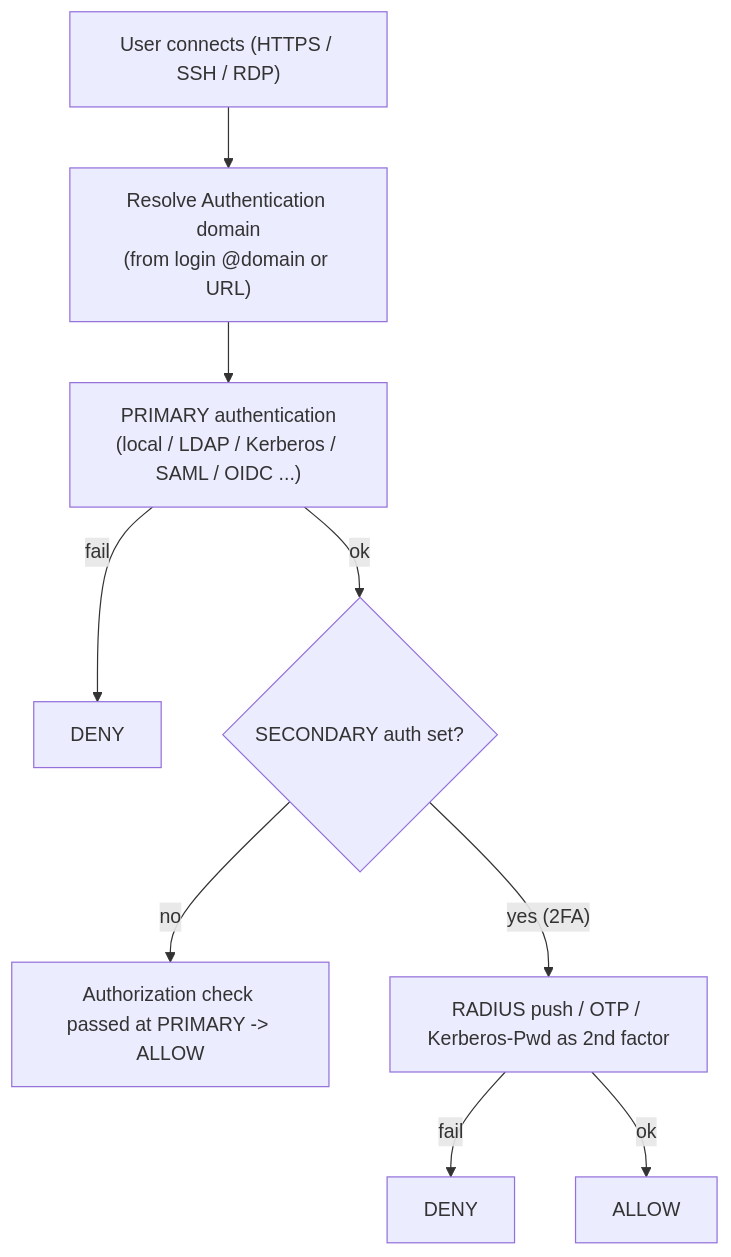
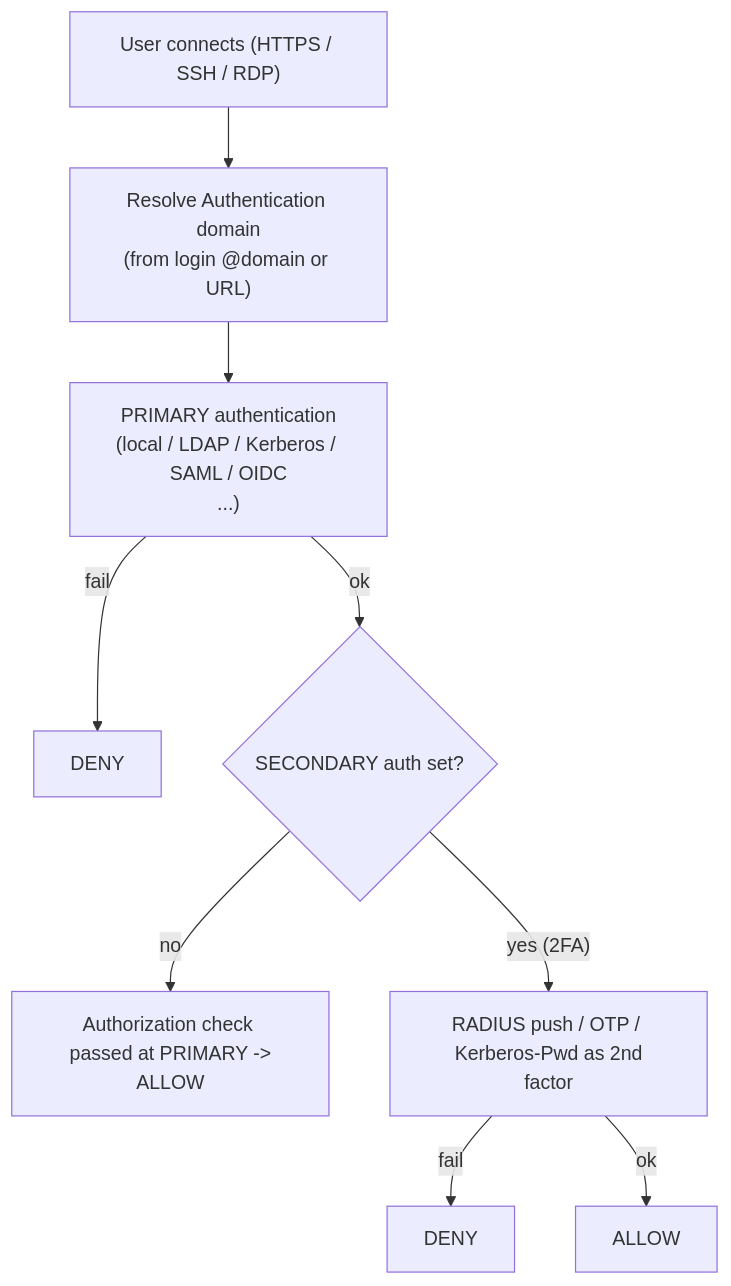
Before and after one commit to morandeirachema/WallixCerts: the first of 4 diagrams in deep-dives/authentication-and-access-manager.md, drawn with Mermaid. The commit also changed other lines of this file and 37 other files, not shown here.

First line of the commit message:
Make Mermaid node boxes fit their text (wrap long labels) + enforce it

````diff
--- a/deep-dives/authentication-and-access-manager.md
+++ b/deep-dives/authentication-and-access-manager.md
@@ -230,11 +230,11 @@
 ```mermaid
 flowchart TD
     Connect["User connects (HTTPS / SSH / RDP)"] --> Resolve["Resolve Authentication domain<br/>(from login @domain or URL)"]
-    Resolve --> Primary["PRIMARY authentication<br/>(local / LDAP / Kerberos / SAML / OIDC ...)"]
+    Resolve --> Primary["PRIMARY authentication<br/>(local / LDAP / Kerberos / SAML / OIDC<br/>...)"]
     Primary -->|fail| Deny1["DENY"]
     Primary -->|ok| Secondary{"SECONDARY auth set?"}
-    Secondary -->|no| AllowPrimary["Authorization check passed at PRIMARY -> ALLOW"]
-    Secondary -->|"yes (2FA)"| Factor2["RADIUS push / OTP / Kerberos-Pwd as 2nd factor"]
+    Secondary -->|no| AllowPrimary["Authorization check passed at PRIMARY -><br/>ALLOW"]
+    Secondary -->|"yes (2FA)"| Factor2["RADIUS push / OTP / Kerberos-Pwd as 2nd<br/>factor"]
     Factor2 -->|fail| Deny2["DENY"]
     Factor2 -->|ok| Allow2["ALLOW"]
 ```
````
